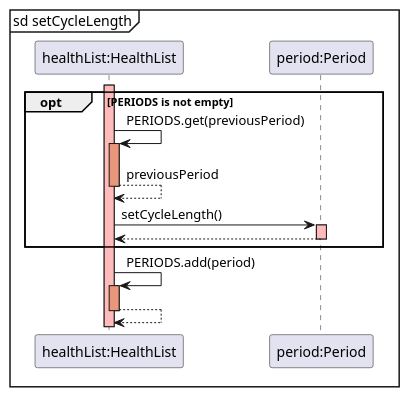
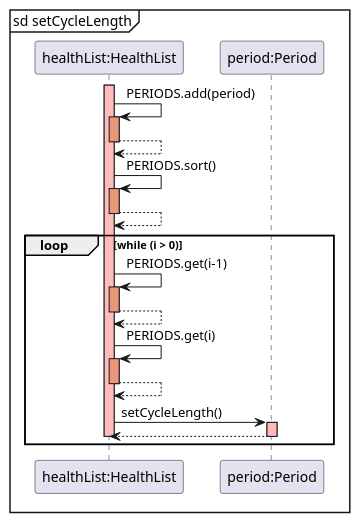
The diagram in docs/puml/sequence_diagrams/set_Cycle_Length.puml (rouvinerh/tp), drawn with PlantUML before and after one commit.

Commit message:
Add puml

```diff
--- a/docs/puml/sequence_diagrams/set_Cycle_Length.puml
+++ b/docs/puml/sequence_diagrams/set_Cycle_Length.puml
@@ -1,29 +1,39 @@
 @startuml
 
 mainframe sd setCycleLength
 participant "healthList:HealthList" as HealthList
 participant "period:Period" as Period
 
+
 activate HealthList #FFBBBB
+HealthList -> HealthList: PERIODS.add(period)
+activate HealthList #DarkSalmon
+HealthList --> HealthList:
+deactivate HealthList #DarkSalmon
 
-opt  PERIODS is not empty
+HealthList -> HealthList: PERIODS.sort()
+activate HealthList #DarkSalmon
+HealthList --> HealthList:
+deactivate HealthList #DarkSalmon
 
-HealthList -> HealthList: PERIODS.get(previousPeriod)
+loop while (i > 0)
+
+HealthList -> HealthList: PERIODS.get(i-1)
 activate HealthList #DarkSalmon
-HealthList --> HealthList: previousPeriod
-deactivate HealthList #FFBBBB
-
+HealthList --> HealthList:
+deactivate HealthList #DarkSalmon
+HealthList -> HealthList: PERIODS.get(i)
+activate HealthList #DarkSalmon
+HealthList --> HealthList:
+deactivate HealthList #DarkSalmon
 
 HealthList -> Period: setCycleLength()
 activate Period #FFBBBB
 Period --> HealthList:
 deactivate Period #FFBBBB
+deactivate HealthList #FFBBBB
 
 end
 
-HealthList -> HealthList: PERIODS.add(period)
-activate HealthList #DarkSalmon
-HealthList --> HealthList:
-deactivate HealthList #DarkSalmon
 
 @enduml
```
